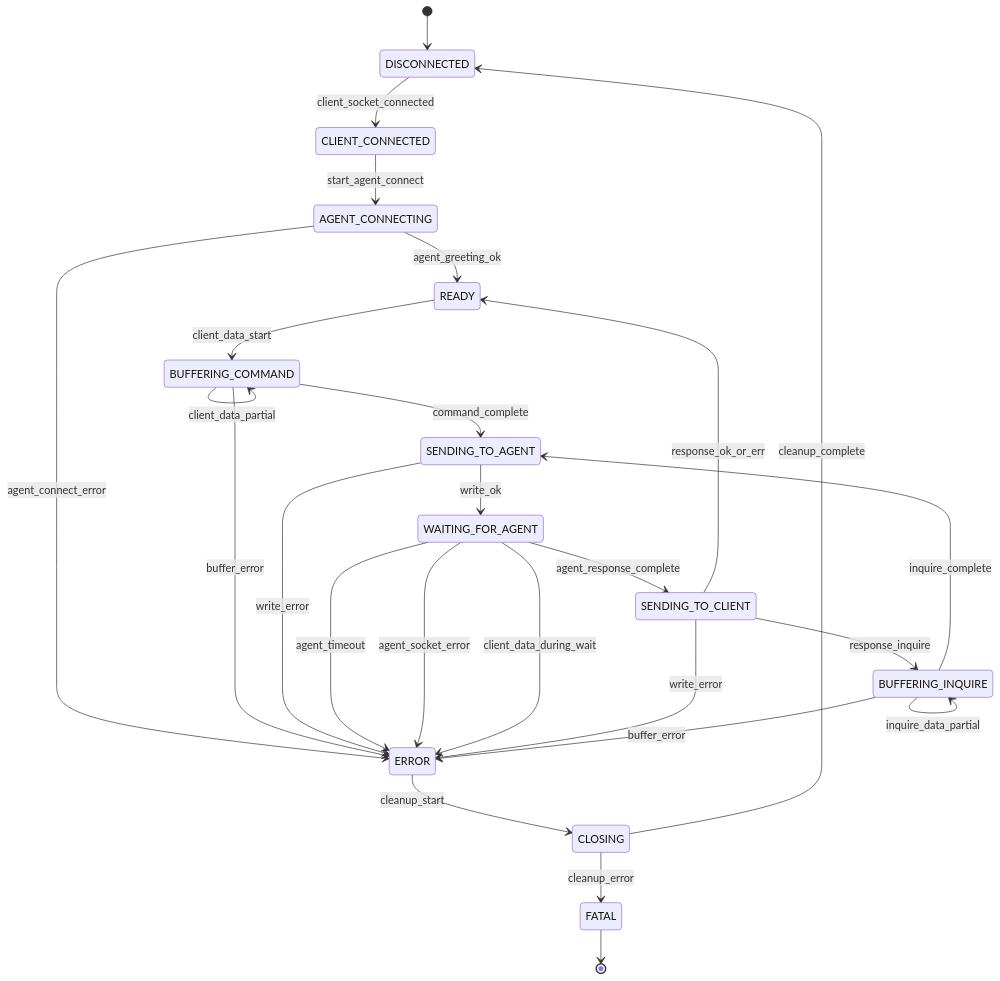
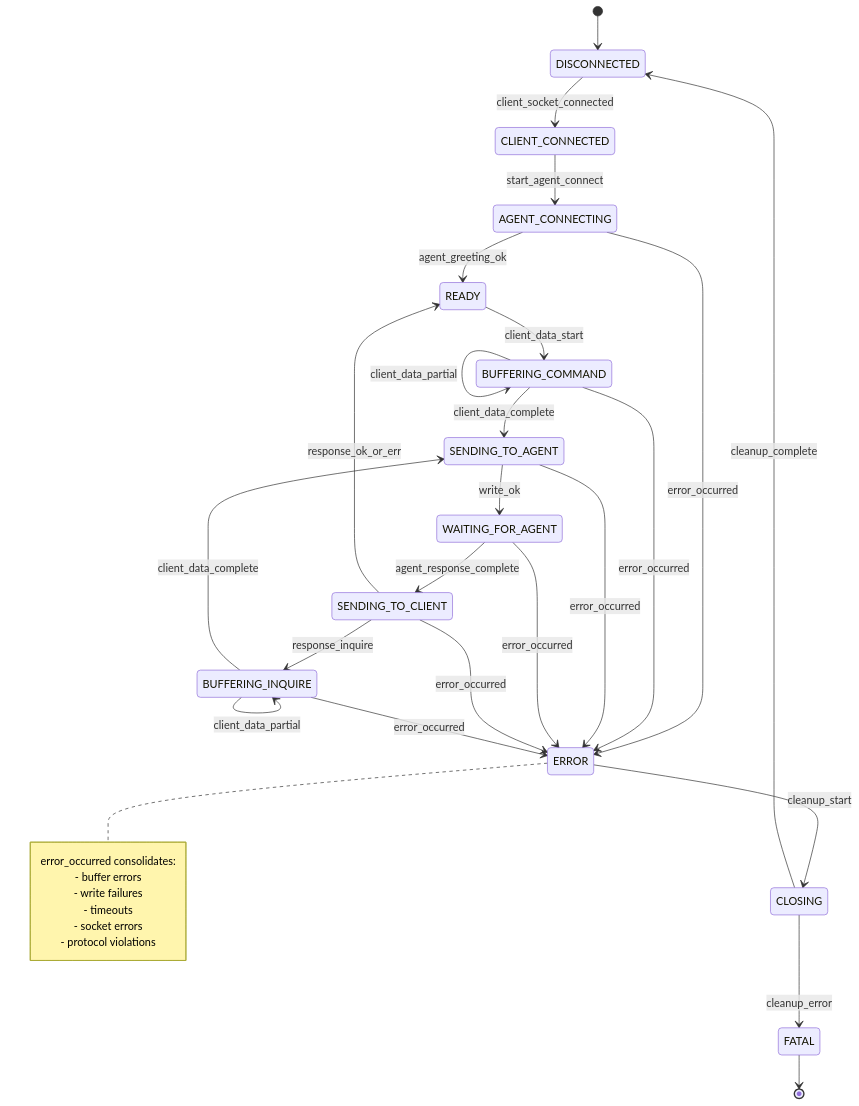
Before and after one commit to diablodale/gpg-windows-relay: the diagram in docs/request-state-machine-refactor.md, drawn with Mermaid. The commit also changed other lines of this file and 2 other files, not shown here.

First line of the commit message:
refactor(request-proxy): implement EventEmitter architecture for Phase 5

````diff
--- a/docs/request-state-machine-refactor.md
+++ b/docs/request-state-machine-refactor.md
@@ -51,37 +42,43 @@
 ```mermaid
 stateDiagram-v2
     [*] --> DISCONNECTED
 
     DISCONNECTED --> CLIENT_CONNECTED: client_socket_connected
     CLIENT_CONNECTED --> AGENT_CONNECTING: start_agent_connect
     AGENT_CONNECTING --> READY: agent_greeting_ok
-    AGENT_CONNECTING --> ERROR: agent_connect_error
+    AGENT_CONNECTING --> ERROR: error_occurred
 
     READY --> BUFFERING_COMMAND: client_data_start
 
     BUFFERING_COMMAND --> BUFFERING_COMMAND: client_data_partial
-    BUFFERING_COMMAND --> SENDING_TO_AGENT: command_complete
-    BUFFERING_COMMAND --> ERROR: buffer_error
+    BUFFERING_COMMAND --> SENDING_TO_AGENT: client_data_complete
+    BUFFERING_COMMAND --> ERROR: error_occurred
 
     SENDING_TO_AGENT --> WAITING_FOR_AGENT: write_ok
-    SENDING_TO_AGENT --> ERROR: write_error
+    SENDING_TO_AGENT --> ERROR: error_occurred
 
     WAITING_FOR_AGENT --> SENDING_TO_CLIENT: agent_response_complete
-    WAITING_FOR_AGENT --> ERROR: agent_timeout
-    WAITING_FOR_AGENT --> ERROR: agent_socket_error
-    WAITING_FOR_AGENT --> ERROR: client_data_during_wait
+    WAITING_FOR_AGENT --> ERROR: error_occurred
 
     SENDING_TO_CLIENT --> READY: response_ok_or_err
     SENDING_TO_CLIENT --> BUFFERING_INQUIRE: response_inquire
-    SENDING_TO_CLIENT --> ERROR: write_error
+    SENDING_TO_CLIENT --> ERROR: error_occurred
 
-    BUFFERING_INQUIRE --> BUFFERING_INQUIRE: inquire_data_start
-    BUFFERING_INQUIRE --> BUFFERING_INQUIRE: inquire_data_partial
-    BUFFERING_INQUIRE --> SENDING_TO_AGENT: inquire_complete
-    BUFFERING_INQUIRE --> ERROR: buffer_error
+    BUFFERING_INQUIRE --> BUFFERING_INQUIRE: client_data_partial
+    BUFFERING_INQUIRE --> SENDING_TO_AGENT: client_data_complete
+    BUFFERING_INQUIRE --> ERROR: error_occurred
 
     ERROR --> CLOSING: cleanup_start
     CLOSING --> DISCONNECTED: cleanup_complete
     CLOSING --> FATAL: cleanup_error
     FATAL --> [*]
+
+    note right of ERROR
+        error_occurred consolidates:
+        - buffer errors
+        - write failures
+        - timeouts
+        - socket errors
+        - protocol violations
+    end note
 ```
````
